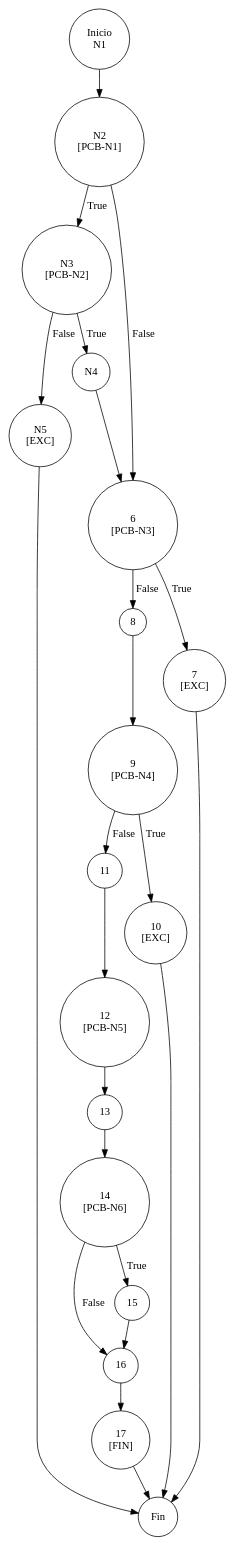
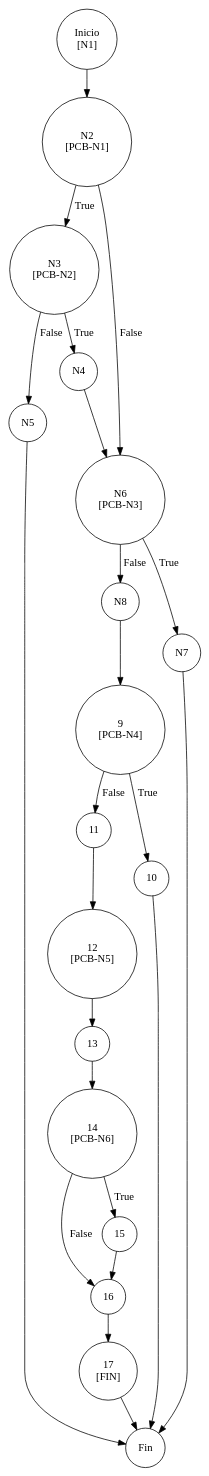
The diagram in pcb_analisis/PCB-013_Reporte.md (gitGabrielCruz/ERP_WALOOK_PCB), drawn with PlantUML before and after one commit. The commit also changed other lines of this file and 17 other files, not shown here.

````diff
--- a/pcb_analisis/PCB-013_Reporte.md
+++ b/pcb_analisis/PCB-013_Reporte.md
@@ -137,49 +135,51 @@
 ```plantuml
 @startuml
 digraph CFG_PCB013 {
+rankdir=TB
 node [shape=circle]
-I [label="Inicio\nN1"]
+
+I [label="Inicio\n[N1]"]
 N2 [label="N2\n[PCB-N1]"]
 N3 [label="N3\n[PCB-N2]"]
 N4 [label="N4"]
-N5 [label="N5\n[EXC]"]
-N6 [label="6\n[PCB-N3]"]
-N7 [label="7\n[EXC]"]
-N8 [label="8"]
+N5 [label="N5"]
+N6 [label="N6\n[PCB-N3]"]
+N7 [label="N7"]
+N8 [label="N8"]
 N9 [label="9\n[PCB-N4]"]
-N10 [label="10\n[EXC]"]
+N10 [label="10"]
 N11 [label="11"]
 N12 [label="12\n[PCB-N5]"]
 N13 [label="13"]
 N14 [label="14\n[PCB-N6]"]
 N15 [label="15"]
 N16 [label="16"]
 N17 [label="17\n[FIN]"]
 F [label="Fin"]
 
 I -> N2
 N2 -> N3 [label="True"]
 N2 -> N6 [label="False"]
 N3 -> N4 [label="True"]
 N3 -> N5 [label="False"]
 N4 -> N6
 N6 -> N7 [label="True"]
 N6 -> N8 [label="False"]
 N8 -> N9
 N9 -> N10 [label="True"]
 N9 -> N11 [label="False"]
 N11 -> N12
 N12 -> N13
 N13 -> N14
 N14 -> N15 [label="True"]
 N14 -> N16 [label="False"]
 N15 -> N16
 N16 -> N17
 
 N5 -> F
 N7 -> F
 N10 -> F
 N17 -> F
 }
 @enduml
 ```
````
